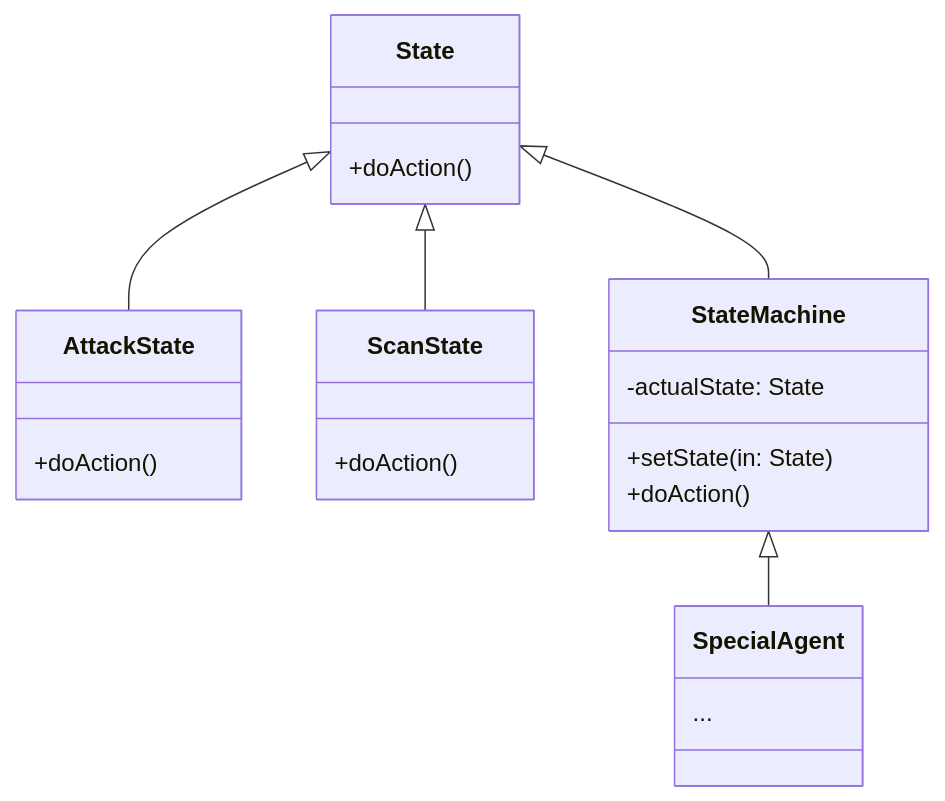
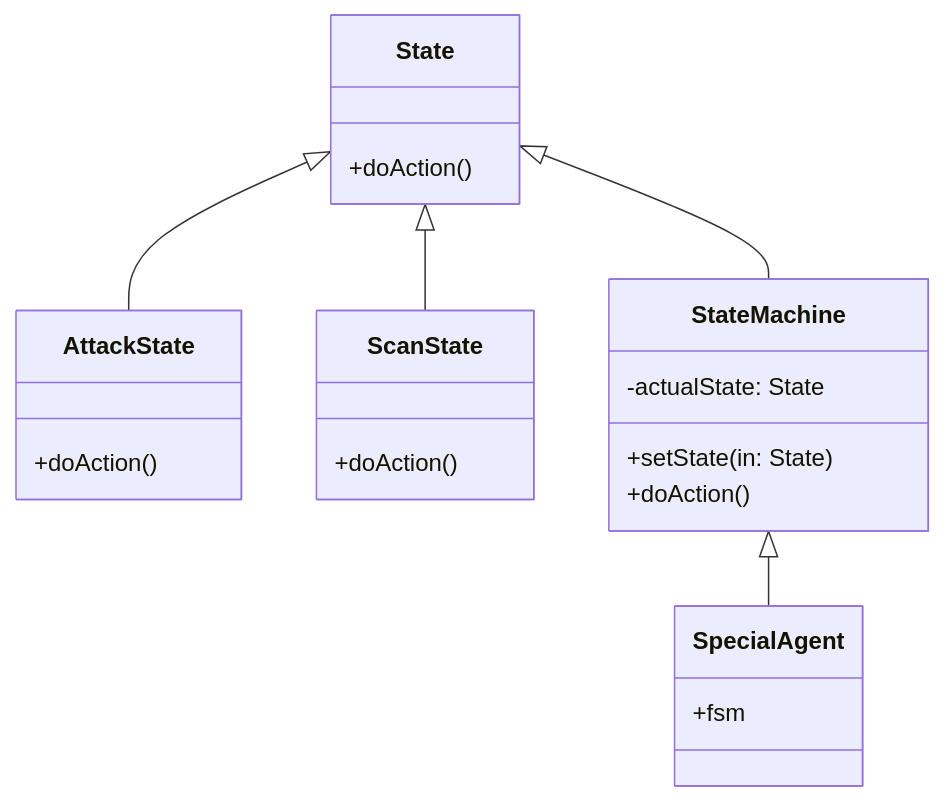
One commit to MaelBriantin/cda-test-python changed the second of 3 diagrams in README.md. Above: the diagram before and after it, drawn with Mermaid. The commit also changed other lines of this file, not shown here.

Commit message:
Add state diagram and update class diagram

````diff
--- a/README.md
+++ b/README.md
@@ -11,28 +11,28 @@
 ```mermaid
 classDiagram
     State <|-- AttackState
     State <|-- ScanState
     State <|-- StateMachine
     StateMachine <|-- SpecialAgent
     State : +doAction()
 
     class AttackState{
       +doAction()
     }
 
     class ScanState{
       +doAction()
     }
 
     class StateMachine{
         -actualState: State
         +setState(in: State)
         +doAction()
     }
 
     class SpecialAgent{
-        ...
+        +fsm
     }
 
 
 ```
````
